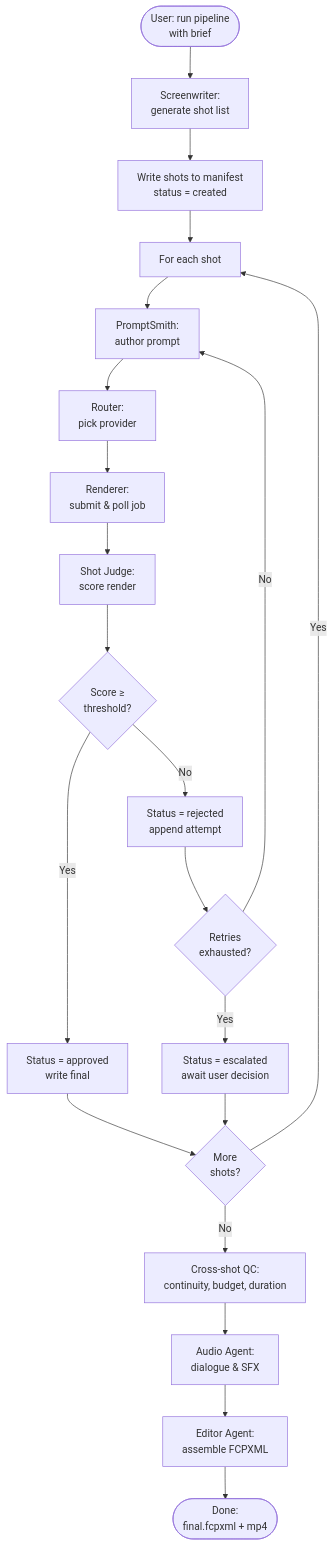
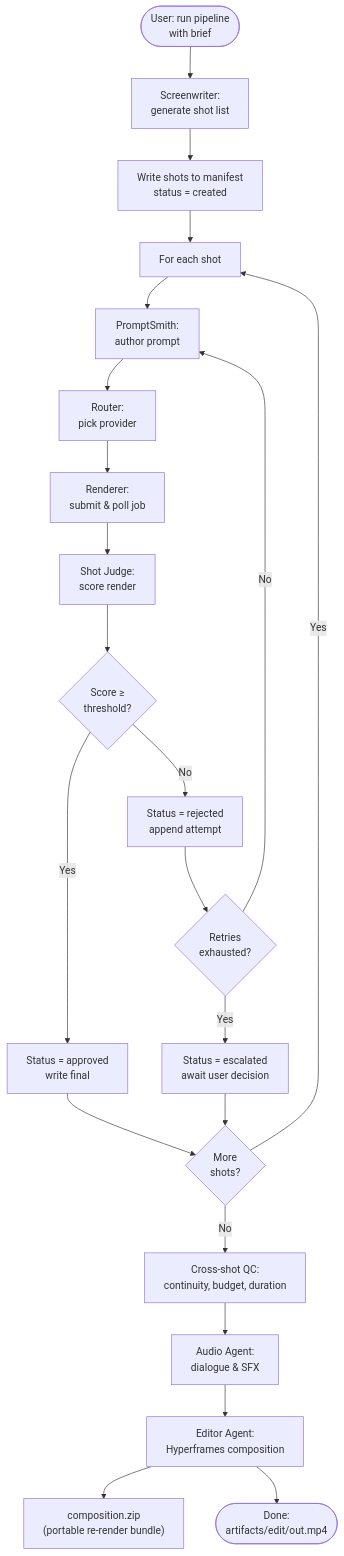
The third of 6 diagrams in docs/architecture.md (alanmaizon/rectoverso), drawn with Mermaid before and after one commit. The commit also changed other lines of this file and 15 other files, not shown here.

````diff
--- a/docs/architecture.md
+++ b/docs/architecture.md
@@ -156,29 +157,30 @@
 ```mermaid
 flowchart TD
     Start([User: run pipeline<br/>with brief])
     Start --> Screenwriter["Screenwriter:<br/>generate shot list"]
     Screenwriter --> InitManifest["Write shots to manifest<br/>status = created"]
     
     InitManifest --> ShotLoop["For each shot"]
     
     ShotLoop --> Prompt["PromptSmith:<br/>author prompt"]
     Prompt --> Router["Router:<br/>pick provider"]
     Router --> Render["Renderer:<br/>submit & poll job"]
     Render --> Judge["Shot Judge:<br/>score render"]
     
     Judge --> Decision{Score ≥<br/>threshold?}
     Decision -->|Yes| Approved["Status = approved<br/>write final"]
     Decision -->|No| Rejected["Status = rejected<br/>append attempt"]
     
     Rejected --> RetryCount{Retries<br/>exhausted?}
     RetryCount -->|No| Prompt
     RetryCount -->|Yes| Escalated["Status = escalated<br/>await user decision"]
     
     Approved --> NextShot{More<br/>shots?}
     Escalated --> NextShot
     NextShot -->|Yes| ShotLoop
     NextShot -->|No| QC["Cross-shot QC:<br/>continuity, budget, duration"]
     QC --> Audio["Audio Agent:<br/>dialogue & SFX"]
-    Audio --> Edit["Editor Agent:<br/>assemble FCPXML"]
-    Edit --> End(["Done:<br/>final.fcpxml + mp4"])
+    Audio --> Edit["Editor Agent:<br/>Hyperframes composition"]
+    Edit --> Archive["composition.zip<br/>(portable re-render bundle)"]
+    Edit --> End(["Done:<br/>artifacts/edit/out.mp4"])
 ```
````
